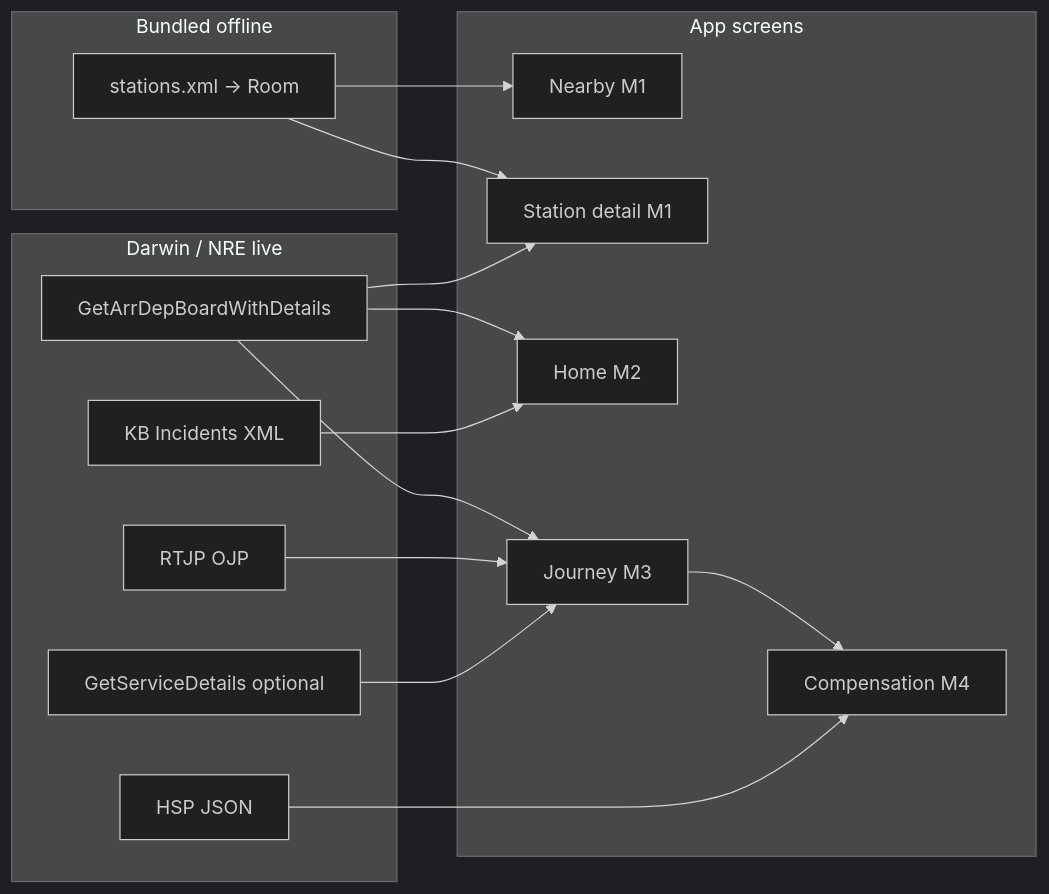
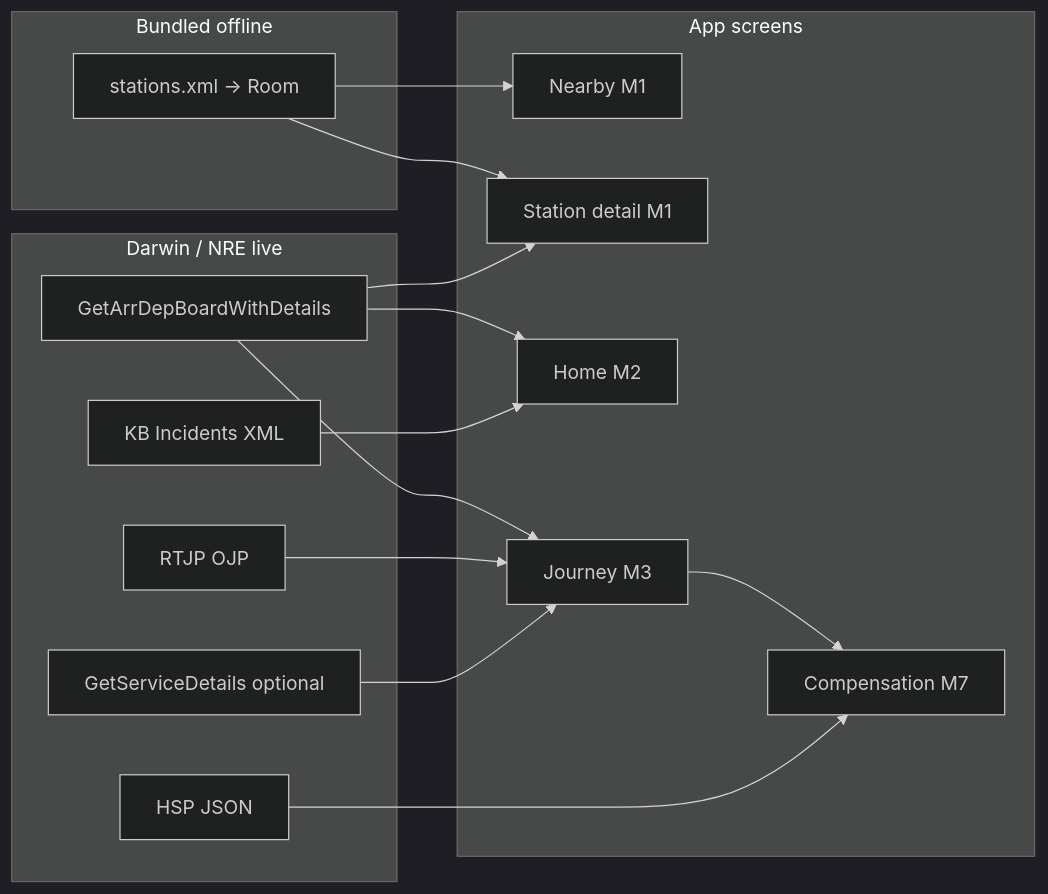
One commit to mazerunner70/uk-rail-tracker changed the second of 2 diagrams in docs/data-sources.md. Above: the diagram before and after it, drawn with Mermaid (dark theme). The commit also changed other lines of this file and 65 other files, not shown here.

````diff
--- a/docs/data-sources.md
+++ b/docs/data-sources.md
@@ -132,30 +132,30 @@
 ```mermaid
 flowchart LR
     subgraph bundled [Bundled offline]
         Stations[stations.xml → Room]
     end
     subgraph darwin [Darwin / NRE live]
         ArrDep[GetArrDepBoardWithDetails]
         RTJP[RTJP OJP]
         KB[KB Incidents XML]
         HSP[HSP JSON]
         Svc[GetServiceDetails optional]
     end
     subgraph screens [App screens]
         Nearby[Nearby M1]
         Detail[Station detail M1]
         Home[Home M2]
         JTrack[Journey M3]
-        Inbox[Compensation M4]
+        Inbox[Compensation M7]
     end
     Stations --> Nearby
     Stations --> Detail
     ArrDep --> Detail
     ArrDep --> Home
     ArrDep --> JTrack
     KB --> Home
     RTJP --> JTrack
     Svc --> JTrack
     JTrack --> Inbox
     HSP --> Inbox
 ```
````
